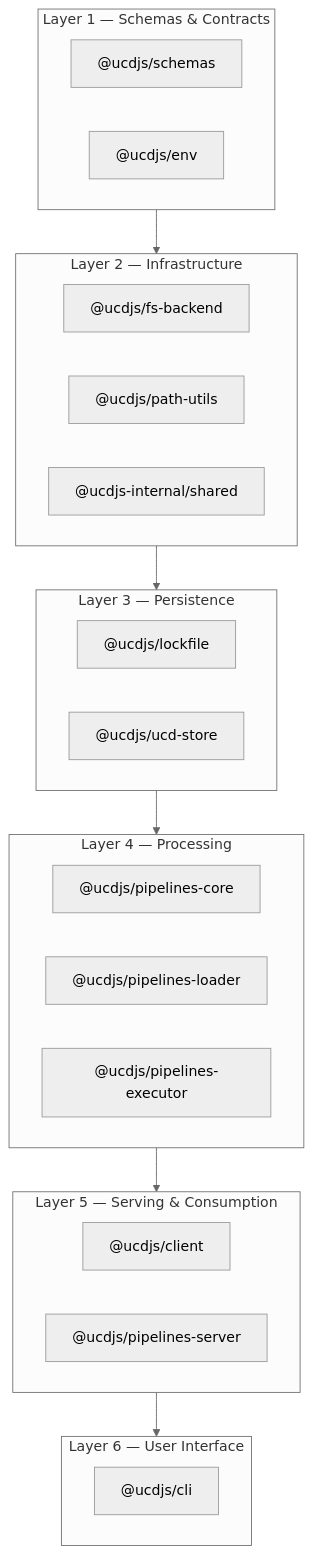
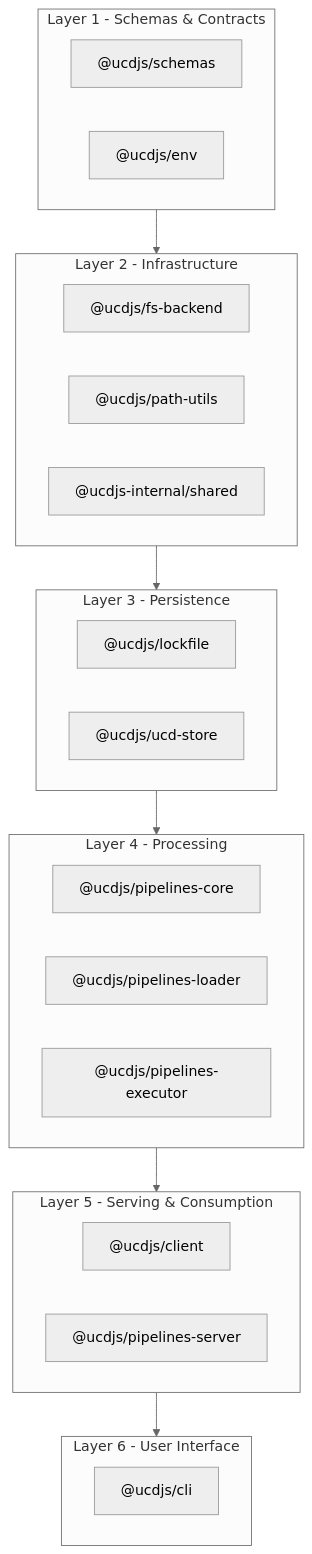
Before and after one commit to ucdjs/ucd: the diagram in apps/docs/content/contributing/development/architecture/index.mdx, drawn with Mermaid (neutral theme). The commit also changed 33 other files, not shown here.

````diff
--- a/apps/docs/content/contributing/development/architecture/index.mdx
+++ b/apps/docs/content/contributing/development/architecture/index.mdx
@@ -10,35 +10,35 @@
 ```mermaid
 graph TD
-  subgraph L1["Layer 1 — Schemas & Contracts"]
+  subgraph L1["Layer 1 - Schemas & Contracts"]
     S["@ucdjs/schemas"]
     E["@ucdjs/env"]
   end
 
-  subgraph L2["Layer 2 — Infrastructure"]
+  subgraph L2["Layer 2 - Infrastructure"]
     FB["@ucdjs/fs-backend"]
     PU["@ucdjs/path-utils"]
     SH["@ucdjs-internal/shared"]
   end
 
-  subgraph L3["Layer 3 — Persistence"]
+  subgraph L3["Layer 3 - Persistence"]
     LF["@ucdjs/lockfile"]
     US["@ucdjs/ucd-store"]
   end
 
-  subgraph L4["Layer 4 — Processing"]
+  subgraph L4["Layer 4 - Processing"]
     PC["@ucdjs/pipelines-core"]
     PL["@ucdjs/pipelines-loader"]
     PE["@ucdjs/pipelines-executor"]
   end
 
-  subgraph L5["Layer 5 — Serving & Consumption"]
+  subgraph L5["Layer 5 - Serving & Consumption"]
     CL["@ucdjs/client"]
     PS["@ucdjs/pipelines-server"]
   end
 
-  subgraph L6["Layer 6 — User Interface"]
+  subgraph L6["Layer 6 - User Interface"]
     CLI["@ucdjs/cli"]
   end
 
   L1 --> L2 --> L3 --> L4 --> L5 --> L6
 ```
````
